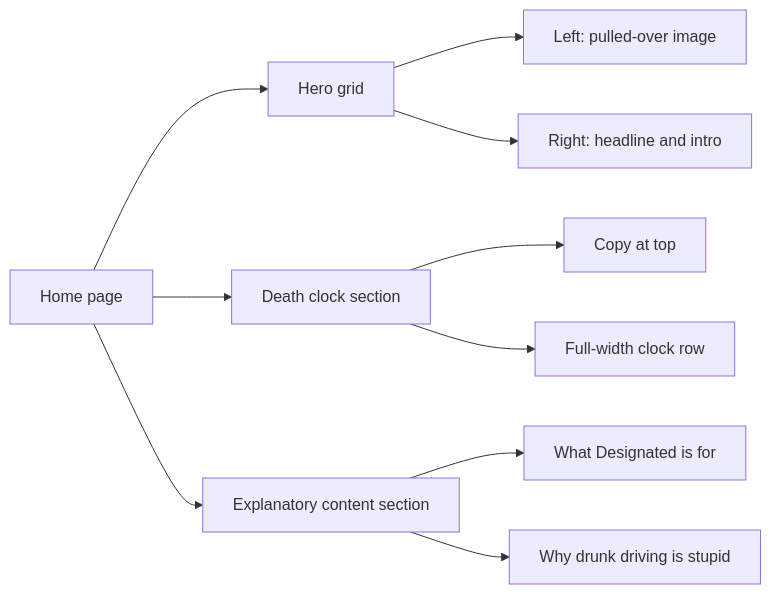
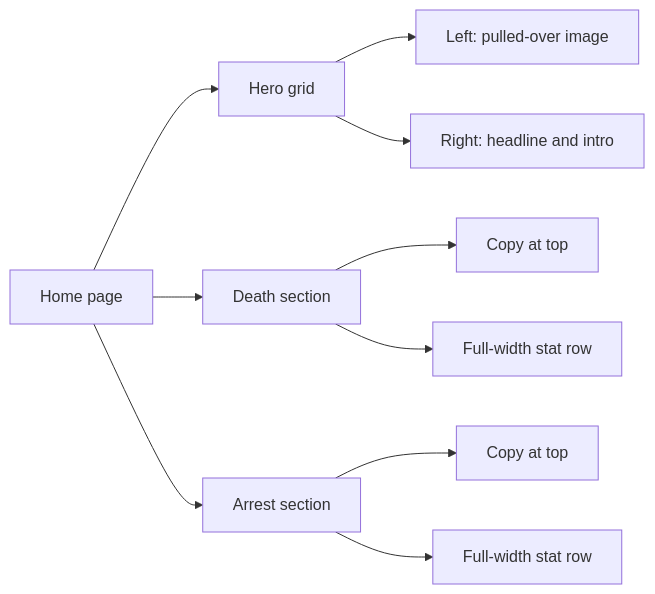
Before and after one commit to matthewlovestocode/designated: the diagram in docs/web/pages/home-page.md, drawn with Mermaid. The commit also changed other lines of this file and 8 other files, not shown here.

````diff
--- a/docs/web/pages/home-page.md
+++ b/docs/web/pages/home-page.md
@@ -28,12 +27,12 @@
 ```mermaid
 flowchart LR
     A["Home page"] --> B["Hero grid"]
     B --> C["Left: pulled-over image"]
     B --> D["Right: headline and intro"]
-    A --> E["Death clock section"]
+    A --> E["Death section"]
     E --> F["Copy at top"]
-    E --> G["Full-width clock row"]
-    A --> H["Explanatory content section"]
-    H --> I["What Designated is for"]
-    H --> J["Why drunk driving is stupid"]
+    E --> G["Full-width stat row"]
+    A --> H["Arrest section"]
+    H --> I["Copy at top"]
+    H --> J["Full-width stat row"]
 ```
````
